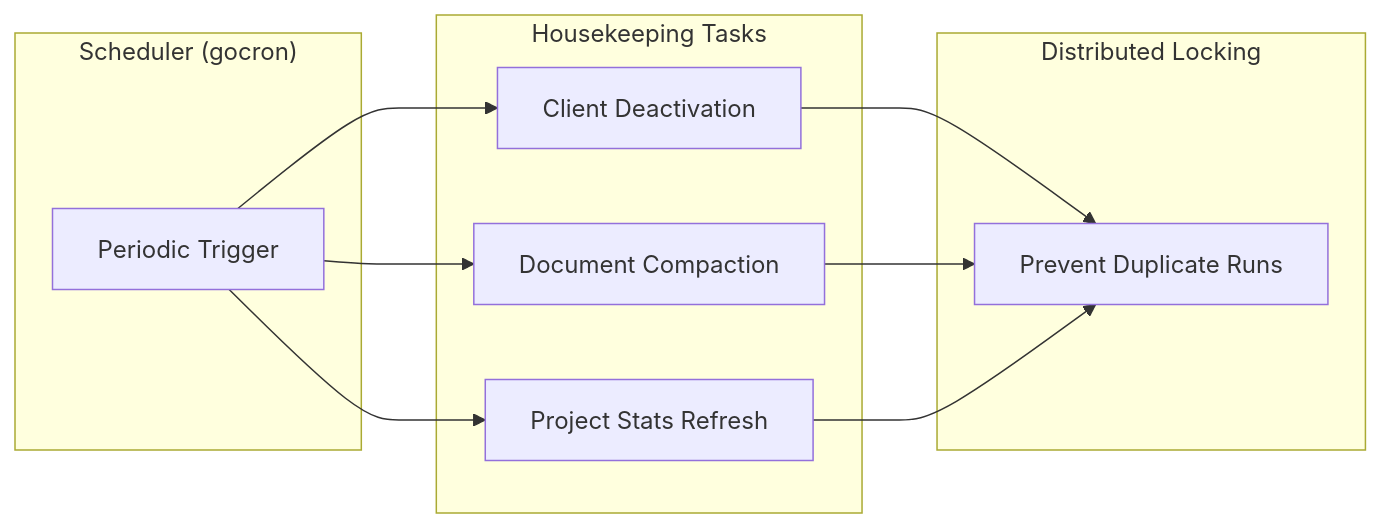
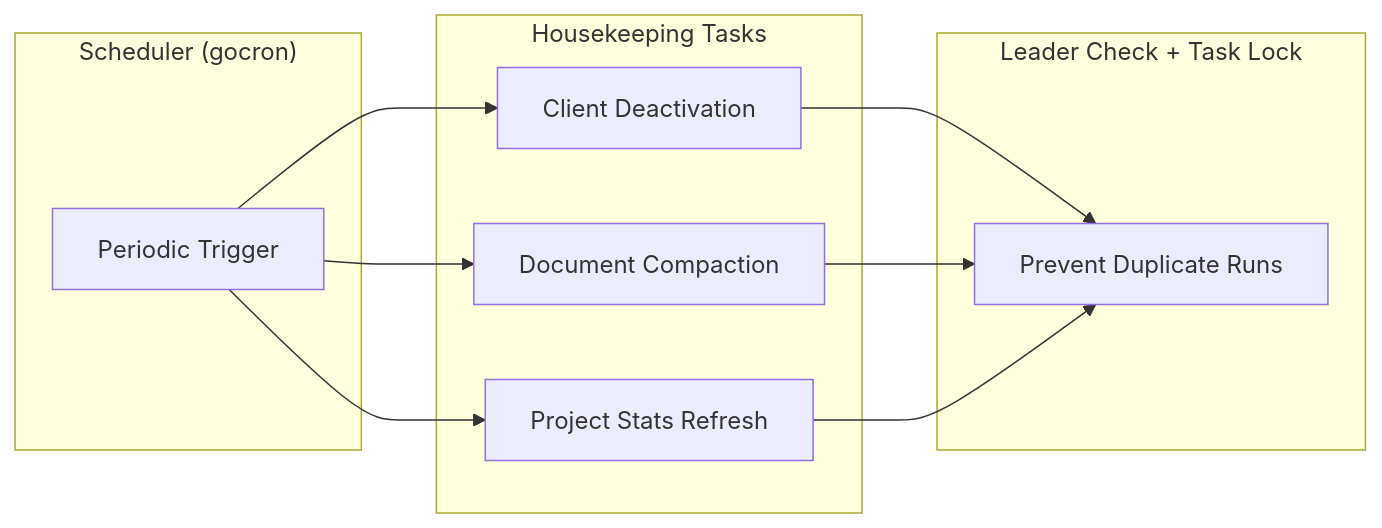
Before and after one commit to yorkie-team/yorkie-team.github.io: the first of 2 diagrams in docs/internals/housekeeping.mdx, drawn with Mermaid. The commit also changed other lines of this file and 57 other files, not shown here.

````diff
--- a/docs/internals/housekeeping.mdx
+++ b/docs/internals/housekeeping.mdx
@@ -25,23 +25,23 @@
 ```mermaid
 graph LR
     subgraph Scheduler["Scheduler (gocron)"]
         Timer["Periodic Trigger"]
     end
 
     subgraph Tasks["Housekeeping Tasks"]
         CD["Client Deactivation"]
         DC["Document Compaction"]
         PS["Project Stats Refresh"]
     end
 
-    subgraph Lock["Distributed Locking"]
+    subgraph Lock["Leader Check + Task Lock"]
         DL["Prevent Duplicate Runs"]
     end
 
     Timer --> CD
     Timer --> DC
     Timer --> PS
     CD --> DL
     DC --> DL
     PS --> DL
 ```
````
